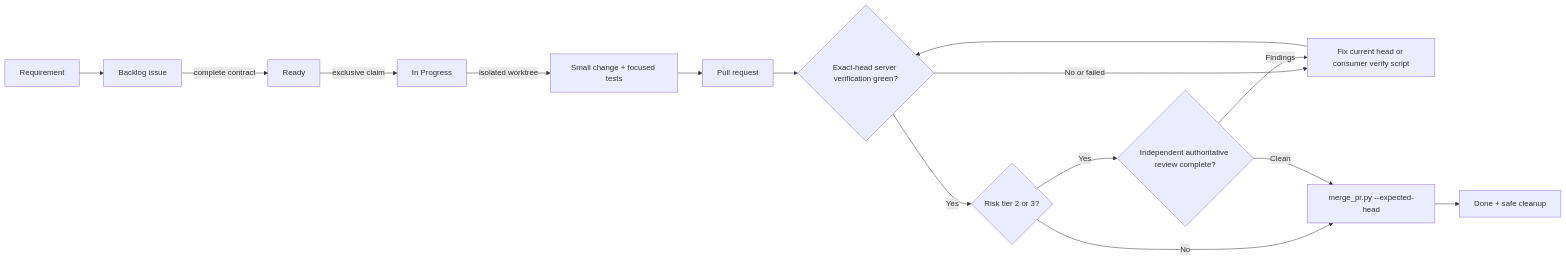
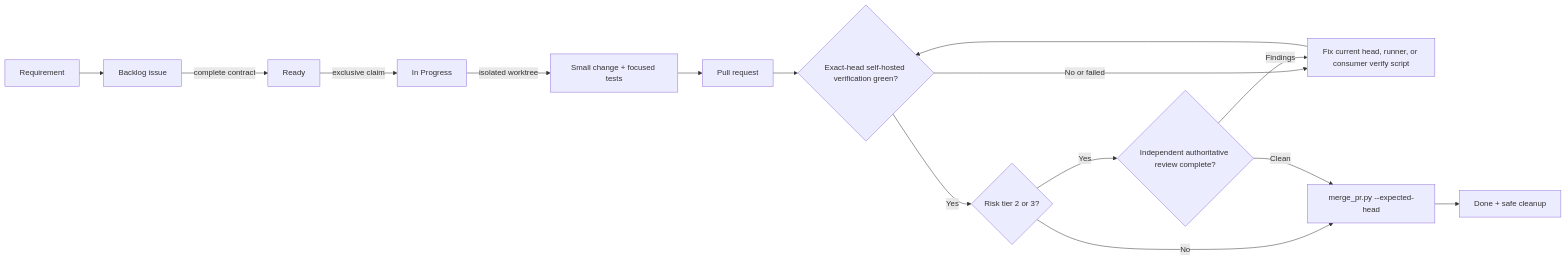
Before and after one commit to gillella/Aru_Agentic_SDLC: the first of 2 diagrams in README.md, drawn with Mermaid. The commit also changed other lines of this file and 14 other files, not shown here.

Commit message:
fix: require self-hosted Actions verification

````diff
--- a/README.md
+++ b/README.md
@@ -34,17 +34,17 @@
 ```mermaid
 flowchart LR
     R[Requirement] --> B[Backlog issue]
     B -->|complete contract| RD[Ready]
     RD -->|exclusive claim| IP[In Progress]
     IP -->|isolated worktree| CODE[Small change + focused tests]
     CODE --> PR[Pull request]
-    PR --> VERIFY{Exact-head server verification green?}
-    VERIFY -->|No or failed| FIX[Fix current head or consumer verify script]
+    PR --> VERIFY{Exact-head self-hosted verification green?}
+    VERIFY -->|No or failed| FIX[Fix current head, runner, or consumer verify script]
     FIX --> VERIFY
     VERIFY -->|Yes| RISK{Risk tier 2 or 3?}
     RISK -->|No| MERGE[merge_pr.py --expected-head]
     RISK -->|Yes| REV{Independent authoritative review complete?}
     REV -->|Findings| FIX
     REV -->|Clean| MERGE
     MERGE --> DONE[Done + safe cleanup]
 ```
````
